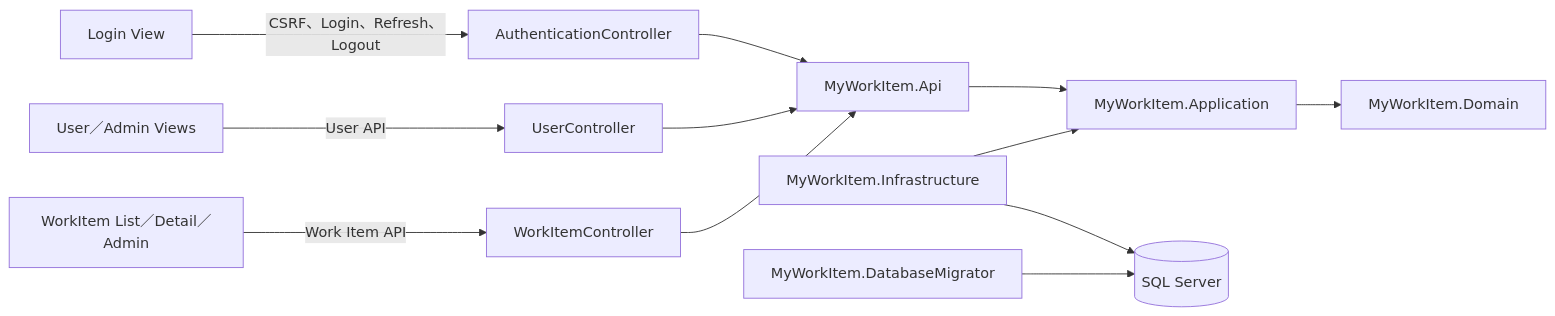
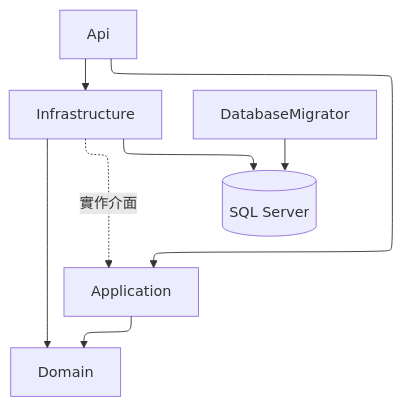
One commit to JJDing-Louis/MyWorkItem_Backend changed the diagram in Draft/ImplementationPlan.md. Above: the diagram before and after it, drawn with Mermaid. The commit also changed other lines of this file and 10 other files, not shown here.

````diff
--- a/Draft/ImplementationPlan.md
+++ b/Draft/ImplementationPlan.md
@@ -145,14 +61,11 @@
 ```mermaid
-flowchart LR
-    Login["Login View"] -->|"CSRF、Login、Refresh、Logout"| Auth["AuthenticationController"]
-    UserView["User／Admin Views"] -->|"User API"| UserController["UserController"]
-    WorkItemViews["WorkItem List／Detail／Admin"] -->|"Work Item API"| WorkItemController["WorkItemController"]
-    Auth --> Api["MyWorkItem.Api"]
-    UserController --> Api
-    WorkItemController --> Api
-    Api --> Application["MyWorkItem.Application"]
-    Application --> Domain["MyWorkItem.Domain"]
-    Infrastructure["MyWorkItem.Infrastructure"] --> Application
-    Infrastructure --> SqlServer[("SQL Server")]
-    Migrator["MyWorkItem.DatabaseMigrator"] --> SqlServer
+%%{init: {"flowchart": {"defaultRenderer": "elk"}}}%%
+flowchart TD
+    api["Api"] --> application["Application"]
+    api --> infrastructure["Infrastructure"]
+    infrastructure -.->|"實作介面"| application
+    application --> domain["Domain"]
+    infrastructure --> domain
+    migrator["DatabaseMigrator"] --> sql[("SQL Server")]
+    infrastructure --> sql
 ```
````
